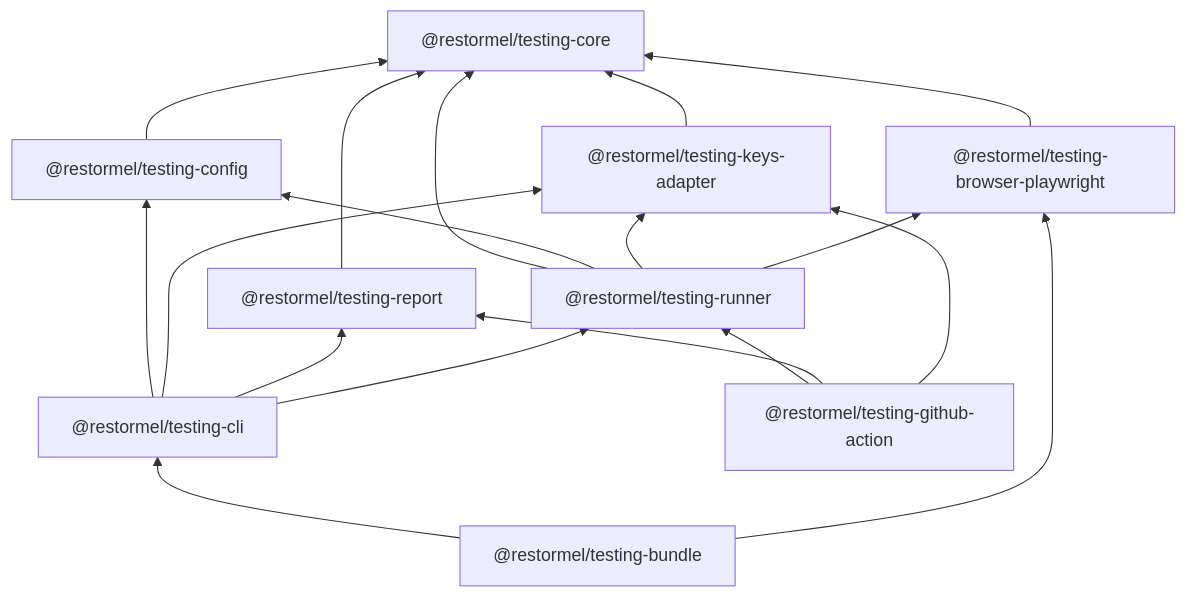
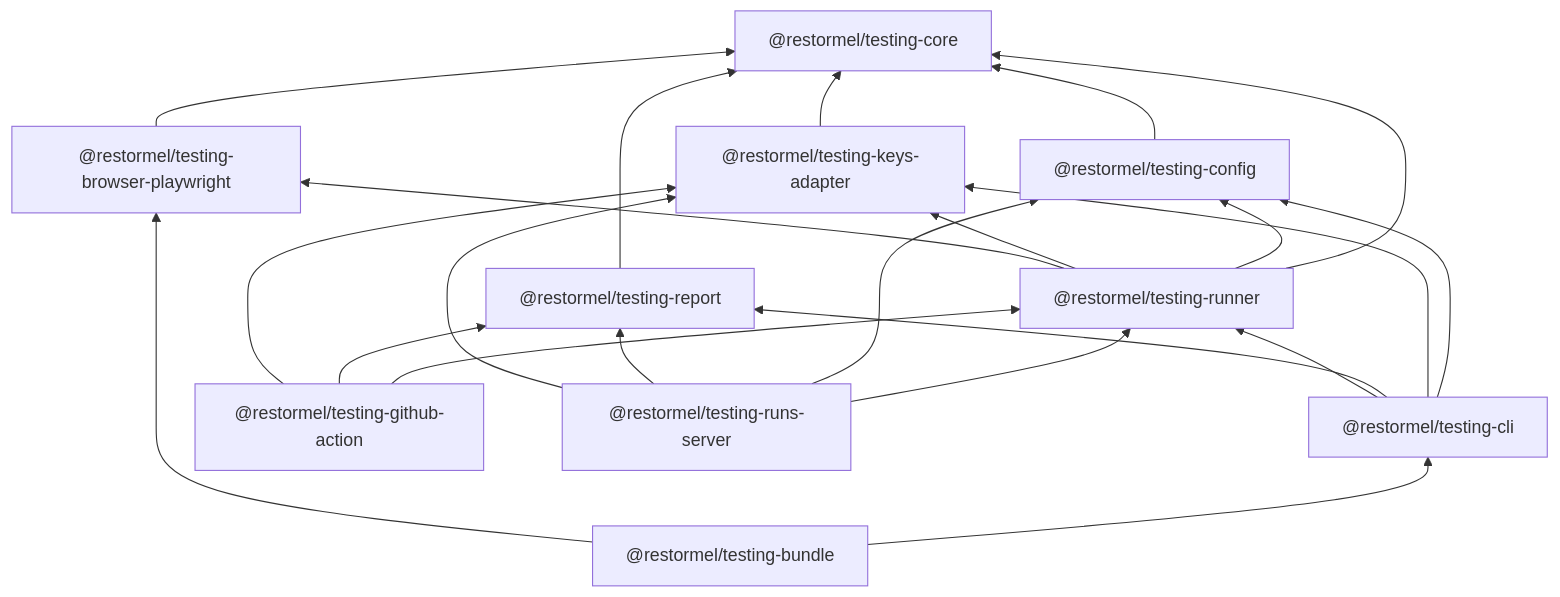
Before and after one commit to Allotment-Technology-Ltd/restormel-keys: the diagram in docs/restormel-monorepo-packages.md, drawn with Mermaid. The commit also changed other lines of this file and 123 other files, not shown here.

First line of the commit message:
feat(testing): ship 0.1.6 — LLM budgets, egress, Runs server, GA docs

````diff
--- a/docs/restormel-monorepo-packages.md
+++ b/docs/restormel-monorepo-packages.md
@@ -23,31 +23,37 @@
 ```mermaid
 flowchart BT
   testing_core["@restormel/testing-core"]
   testing_config["@restormel/testing-config"]
   testing_keys_adapter["@restormel/testing-keys-adapter"]
   testing_browser["@restormel/testing-browser-playwright"]
   testing_report["@restormel/testing-report"]
   testing_runner["@restormel/testing-runner"]
   testing_cli["@restormel/testing-cli"]
   testing_bundle["@restormel/testing-bundle"]
   testing_action["@restormel/testing-github-action"]
+  testing_runs_server["@restormel/testing-runs-server"]
 
   testing_bundle --> testing_cli
   testing_bundle --> testing_browser
 
   testing_config --> testing_core
   testing_keys_adapter --> testing_core
   testing_browser --> testing_core
   testing_report --> testing_core
   testing_runner --> testing_core
   testing_runner --> testing_config
   testing_runner --> testing_keys_adapter
   testing_runner --> testing_browser
   testing_cli --> testing_config
   testing_cli --> testing_keys_adapter
   testing_cli --> testing_report
   testing_cli --> testing_runner
   testing_action --> testing_runner
   testing_action --> testing_report
   testing_action --> testing_keys_adapter
+
+  testing_runs_server --> testing_runner
+  testing_runs_server --> testing_config
+  testing_runs_server --> testing_report
+  testing_runs_server --> testing_keys_adapter
 ```
````
